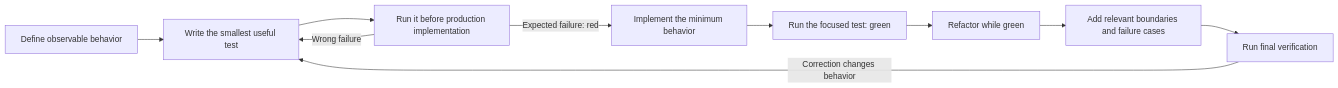
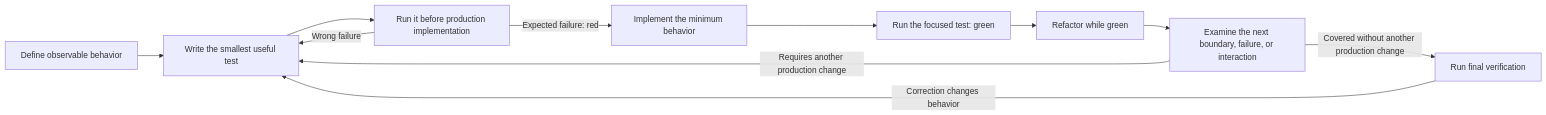
One commit to isaacperez/tabgrad changed the second of 2 diagrams in docs/implementation-workflow.md. Above: the diagram before and after it, drawn with Mermaid. The commit also changed other lines of this file and 10 other files, not shown here.

````diff
--- a/docs/implementation-workflow.md
+++ b/docs/implementation-workflow.md
@@ -160,12 +175,13 @@
 ```mermaid
 flowchart LR
     A[Define observable behavior] --> B[Write the smallest useful test]
     B --> C[Run it before production implementation]
     C -->|Wrong failure| B
     C -->|Expected failure: red| D[Implement the minimum behavior]
     D --> E[Run the focused test: green]
     E --> F[Refactor while green]
-    F --> G[Add relevant boundaries and failure cases]
-    G --> H[Run final verification]
+    F --> G[Examine the next boundary, failure, or interaction]
+    G -->|Requires another production change| B
+    G -->|Covered without another production change| H[Run final verification]
     H -->|Correction changes behavior| B
 ```
````
